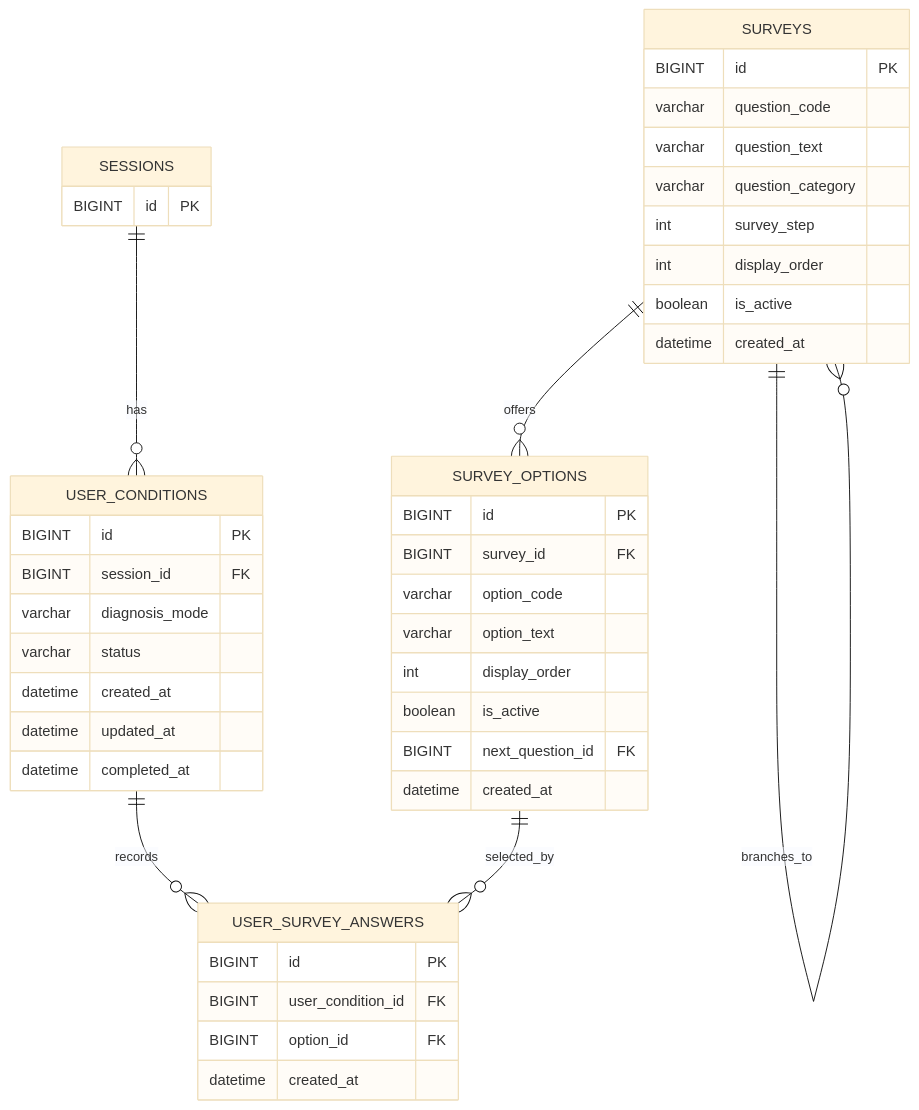
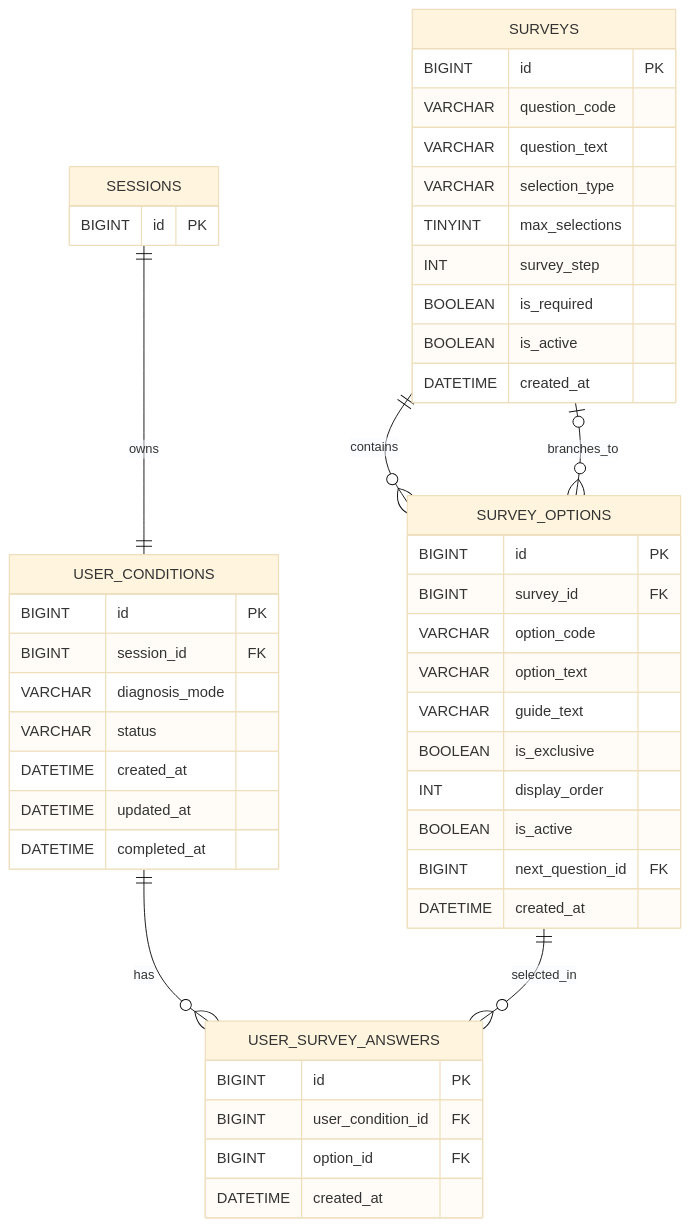
Before and after one commit to Leets-Official/K-Beauty-BE: the diagram in docs/survey-erd.md, drawn with Mermaid (base theme). The commit also changed other lines of this file, not shown here.

First line of the commit message:
docs: 설문 도메인 ERD 문서 수정 및 제약 조건 추가

````diff
--- a/docs/survey-erd.md
+++ b/docs/survey-erd.md
@@ -4,51 +4,55 @@
 ```mermaid
 erDiagram
-    SESSIONS ||--o{ USER_CONDITIONS : has
-    USER_CONDITIONS ||--o{ USER_SURVEY_ANSWERS : records
-    SURVEYS ||--o{ SURVEY_OPTIONS : offers
-    SURVEY_OPTIONS ||--o{ USER_SURVEY_ANSWERS : selected_by
-    SURVEYS ||--o{ SURVEYS : branches_to
+    SESSIONS ||--|| USER_CONDITIONS : owns
+    USER_CONDITIONS ||--o{ USER_SURVEY_ANSWERS : has
+    SURVEYS ||--o{ SURVEY_OPTIONS : contains
+    SURVEY_OPTIONS ||--o{ USER_SURVEY_ANSWERS : selected_in
+    SURVEY_OPTIONS }o--o| SURVEYS : branches_to
 
     SESSIONS {
       BIGINT id PK
     }
 
     USER_CONDITIONS {
       BIGINT id PK
       BIGINT session_id FK
-      varchar diagnosis_mode
-      varchar status
-      datetime created_at
-      datetime updated_at
-      datetime completed_at
+      VARCHAR diagnosis_mode
+      VARCHAR status
+      DATETIME created_at
+      DATETIME updated_at
+      DATETIME completed_at
     }
 
     SURVEYS {
       BIGINT id PK
-      varchar question_code
-      varchar question_text
-      varchar question_category
-      int survey_step
-      int display_order
-      boolean is_active
-      datetime created_at
+      VARCHAR question_code
+      VARCHAR question_text
+      VARCHAR selection_type
+      TINYINT max_selections
+      INT survey_step
+      BOOLEAN is_required
+      BOOLEAN is_active
+      DATETIME created_at
     }
 
     SURVEY_OPTIONS {
       BIGINT id PK
       BIGINT survey_id FK
-      varchar option_code
-      varchar option_text
-      int display_order
-      boolean is_active
+      VARCHAR option_code
+      VARCHAR option_text
+      VARCHAR guide_text
+      BOOLEAN is_exclusive
+      INT display_order
+      BOOLEAN is_active
       BIGINT next_question_id FK
-      datetime created_at
+      DATETIME created_at
     }
 
     USER_SURVEY_ANSWERS {
       BIGINT id PK
       BIGINT user_condition_id FK
       BIGINT option_id FK
-      datetime created_at
+      DATETIME created_at
     }
+
 ```
````
